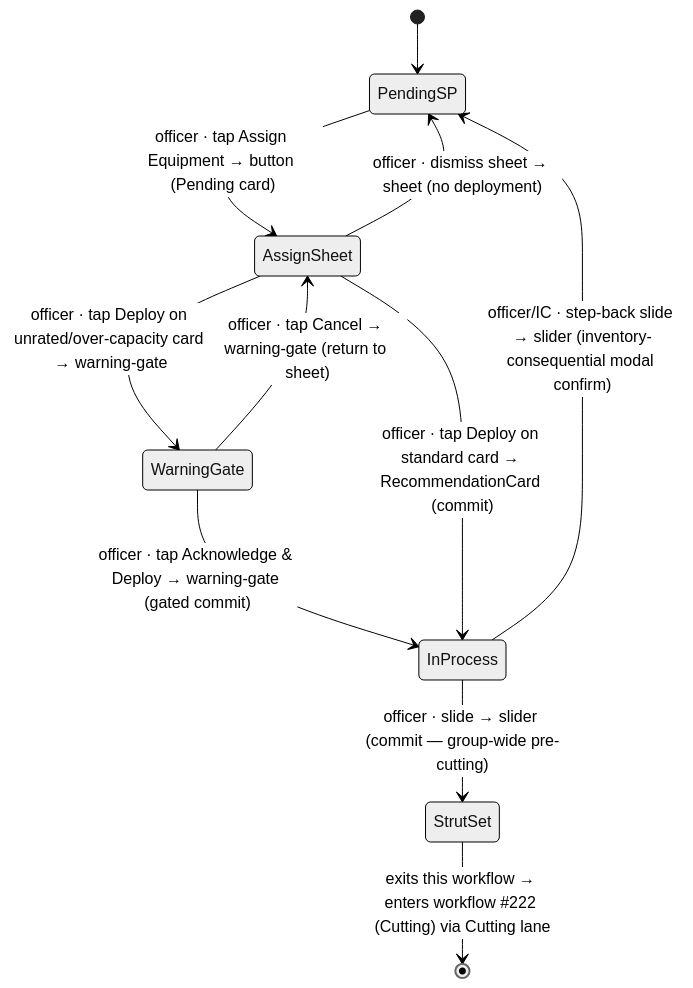
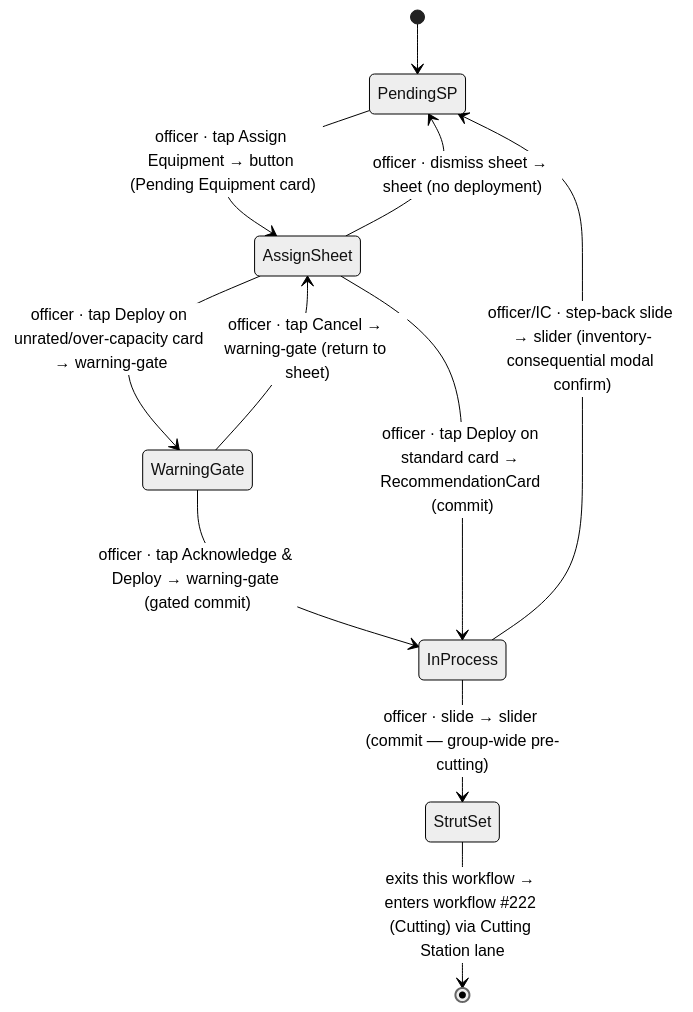
Before and after one commit to Vergo402/paratech-struts: the diagram in docs/v4-design/09-workflows/12-deploying-a-strut.md, drawn with Mermaid (neutral theme). The commit also changed other lines of this file and 51 other files, not shown here.

````diff
--- a/docs/v4-design/09-workflows/12-deploying-a-strut.md
+++ b/docs/v4-design/09-workflows/12-deploying-a-strut.md
@@ -31,15 +31,15 @@
 ```mermaid
 stateDiagram-v2
     [*] --> PendingSP
 
-    PendingSP --> AssignSheet : officer · tap Assign Equipment → button (Pending card)
+    PendingSP --> AssignSheet : officer · tap Assign Equipment → button (Pending Equipment card)
     AssignSheet --> PendingSP : officer · dismiss sheet → sheet (no deployment)
     AssignSheet --> WarningGate : officer · tap Deploy on unrated/over-capacity card → warning-gate
     WarningGate --> AssignSheet : officer · tap Cancel → warning-gate (return to sheet)
     WarningGate --> InProcess : officer · tap Acknowledge & Deploy → warning-gate (gated commit)
     AssignSheet --> InProcess : officer · tap Deploy on standard card → RecommendationCard (commit)
 
     InProcess --> PendingSP : officer/IC · step-back slide → slider (inventory-consequential modal confirm)
     InProcess --> StrutSet : officer · slide → slider (commit — group-wide pre-cutting)
-    StrutSet --> [*] : exits this workflow → enters workflow #222 (Cutting) via Cutting lane
+    StrutSet --> [*] : exits this workflow → enters workflow #222 (Cutting) via Cutting Station lane
 ```
````
